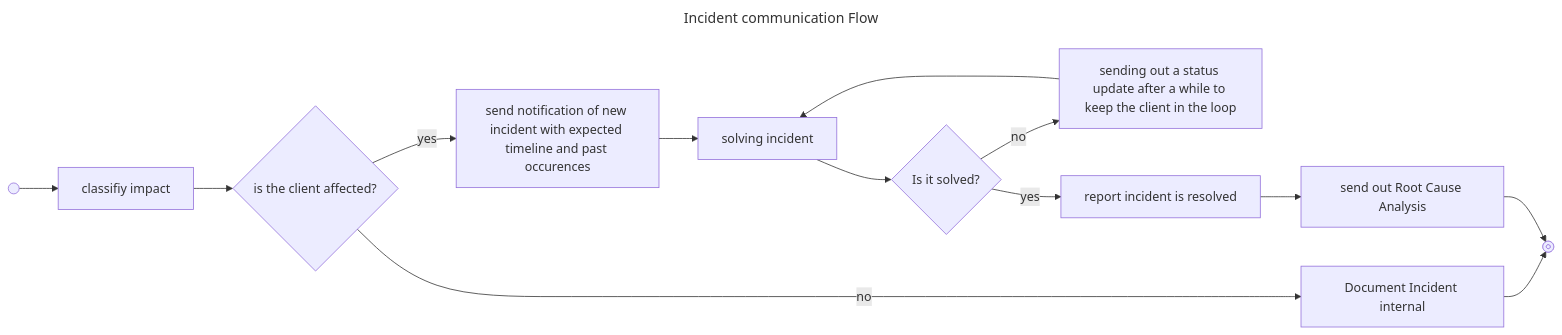
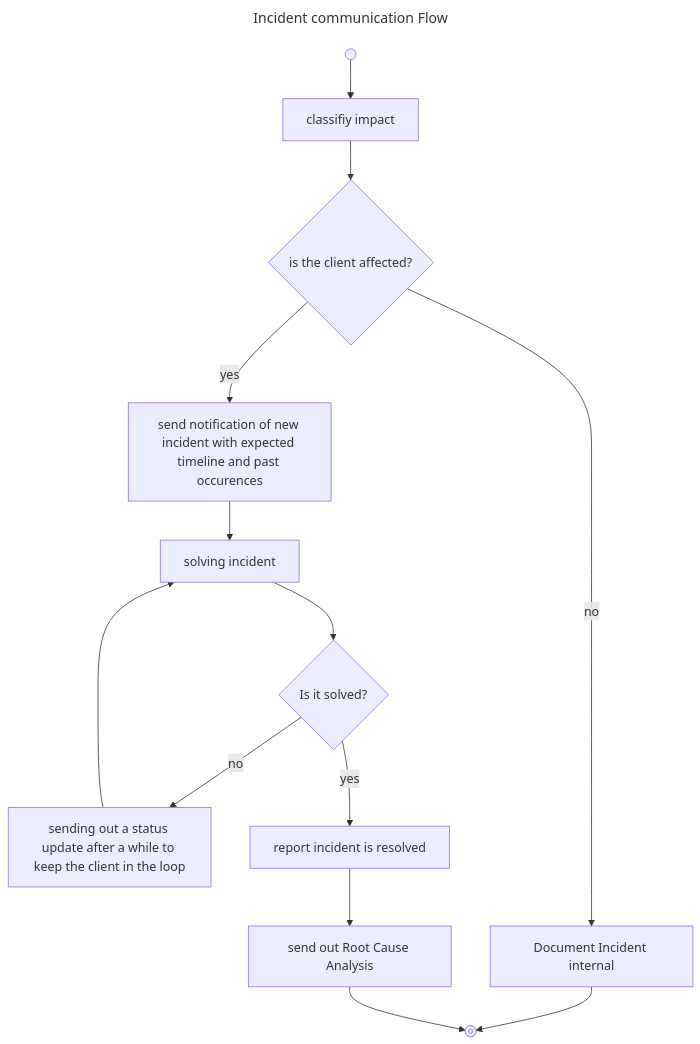
The diagram in docs/saas-ops/communication.md (Kikkirej/framework), drawn with Mermaid before and after one commit. The commit also changed other lines of this file and 3 other files, not shown here.

````diff
--- a/docs/saas-ops/communication.md
+++ b/docs/saas-ops/communication.md
@@ -16,31 +16,31 @@
 ```mermaid
 ---
 title: Incident communication Flow
 ---
-flowchart LR
+flowchart 
 start@{shape: sm-circ }
 classify["classifiy impact"]
 client_affected@{label: "is the client affected?", shape: diam}
 notify1["send notification of new incident with expected timeline and past occurences"]
 solve["solving incident"]
 is_solved@{label: "Is it solved?", shape: diam}
 status_update["sending out a status update after a while to keep the client in the loop"]
 doc_internal["Document Incident internal"]
 stop@{shape: fr-circ}
 resolve_notify["report incident is resolved"]
 rca["send out Root Cause Analysis"]
 
 start --> classify
 classify --> client_affected
 client_affected -->|yes| notify1
 client_affected -->|no| doc_internal
 doc_internal --> stop
 
 notify1 --> solve
 solve --> is_solved
 is_solved -->|no| status_update
 status_update --> solve
 is_solved -->|yes| resolve_notify
 resolve_notify --> rca
 rca --> stop
 ```
````
